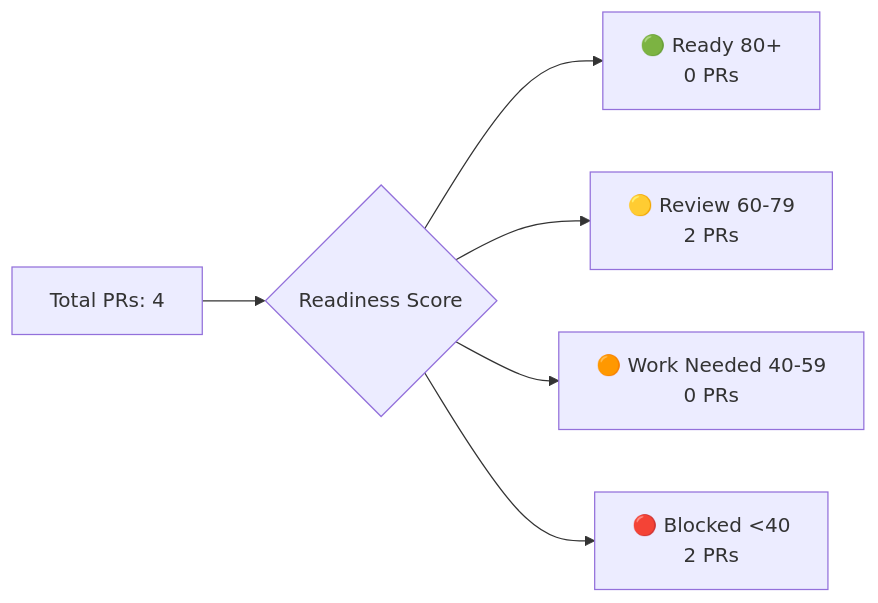
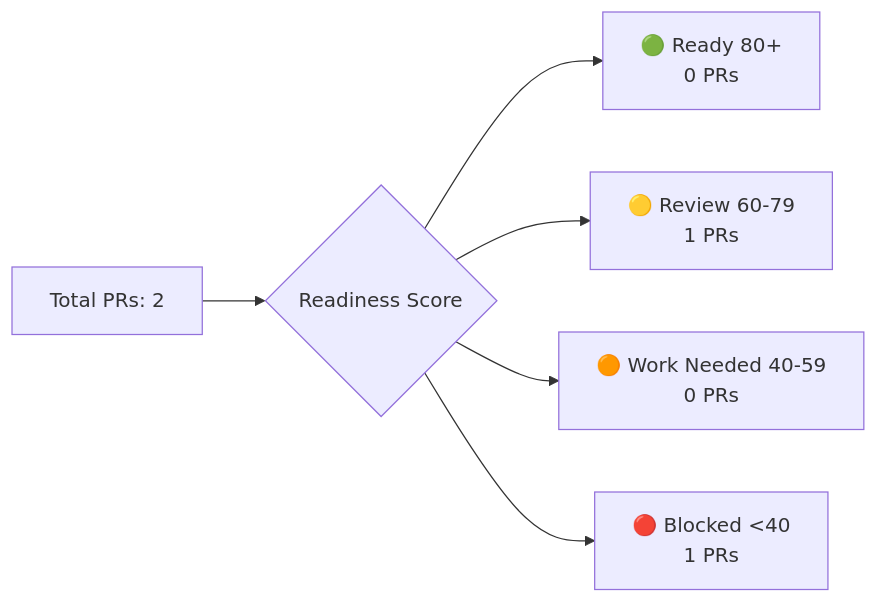
One commit to Nitsur10/invoice-dashboard-deploy changed the third of 4 diagrams in docs/tracker.md. Above: the diagram before and after it, drawn with Mermaid. The commit also changed other lines of this file and 1 other file, not shown here.

First line of the commit message:
chore(tracker): update portfolio dashboard - 2 PRs, 4 issues

````diff
--- a/docs/tracker.md
+++ b/docs/tracker.md
@@ -40,8 +40,8 @@
 ```mermaid
 graph LR
-    A[Total PRs: 4] --> B{Readiness Score}
+    A[Total PRs: 2] --> B{Readiness Score}
     B --> C[🟢 Ready 80+<br/>0 PRs]
-    B --> D[🟡 Review 60-79<br/>2 PRs]
+    B --> D[🟡 Review 60-79<br/>1 PRs]
     B --> E[🟠 Work Needed 40-59<br/>0 PRs]
-    B --> F[🔴 Blocked <40<br/>2 PRs]
+    B --> F[🔴 Blocked <40<br/>1 PRs]
 ```
````
